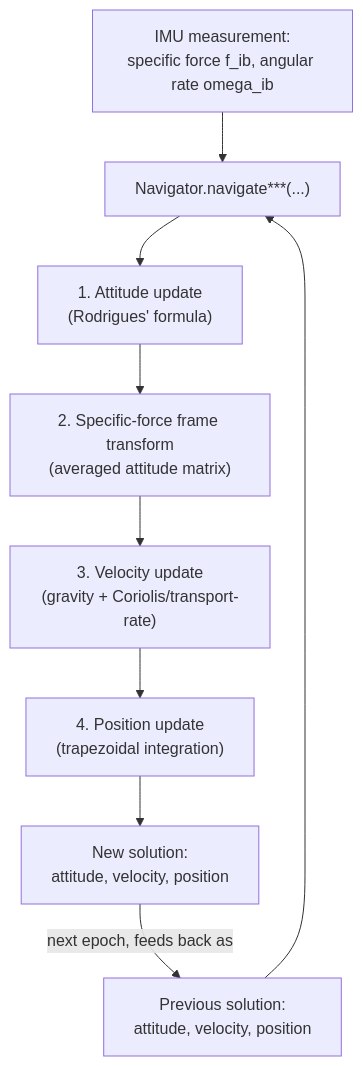
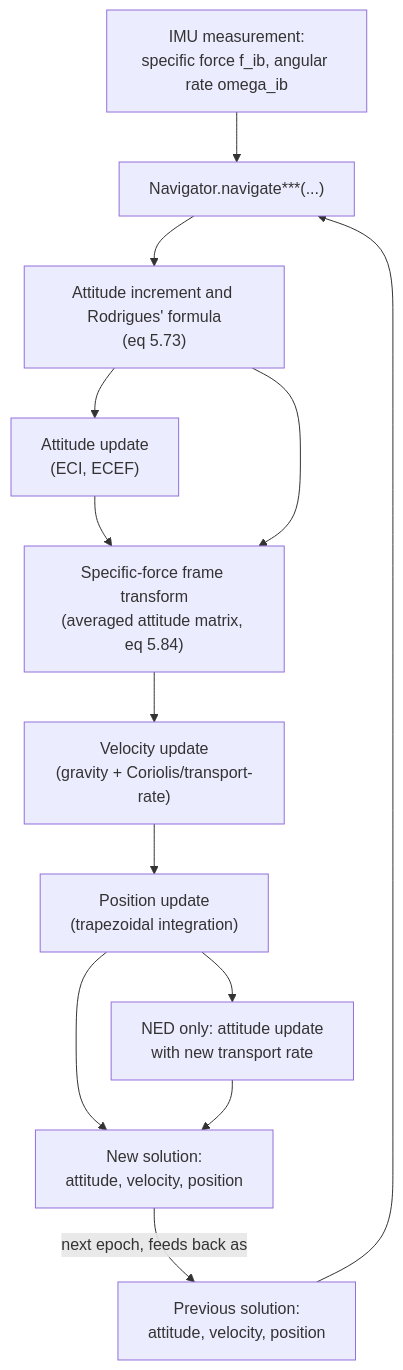
One commit to albertoirurueta/irurueta-navigation-inertial changed the diagram in docs/modules/ROOT/pages/navigators/index.adoc. Above: the diagram before and after it, drawn with Mermaid. The commit also changed other lines of this file and 25 other files, not shown here.

First line of the commit message:
Improve documentation with detailed equations, diagrams and calibration algorithms (#38)

```diff
--- a/docs/modules/ROOT/pages/navigators/index.adoc
+++ b/docs/modules/ROOT/pages/navigators/index.adoc
@@ -16,12 +16,16 @@
 [mermaid]
 ....
 flowchart TD
     IMU["IMU measurement:\nspecific force f_ib, angular rate omega_ib"] --> N["Navigator.navigate***(...)"]
     P0["Previous solution:\nattitude, velocity, position"] --> N
-    N --> A["1. Attitude update\n(Rodrigues' formula)"]
-    A --> B["2. Specific-force frame transform\n(averaged attitude matrix)"]
-    B --> C["3. Velocity update\n(gravity + Coriolis/transport-rate)"]
-    C --> D["4. Position update\n(trapezoidal integration)"]
+    N --> R["Attitude increment and Rodrigues' formula\n(eq 5.73)"]
+    R --> A["Attitude update\n(ECI, ECEF)"]
+    A --> B["Specific-force frame transform\n(averaged attitude matrix, eq 5.84)"]
+    R --> B
+    B --> C["Velocity update\n(gravity + Coriolis/transport-rate)"]
+    C --> D["Position update\n(trapezoidal integration)"]
+    D --> E["NED only: attitude update\nwith new transport rate"]
     D --> P1["New solution:\nattitude, velocity, position"]
+    E --> P1
     P1 -->|next epoch, feeds back as| P0
 ....
```
